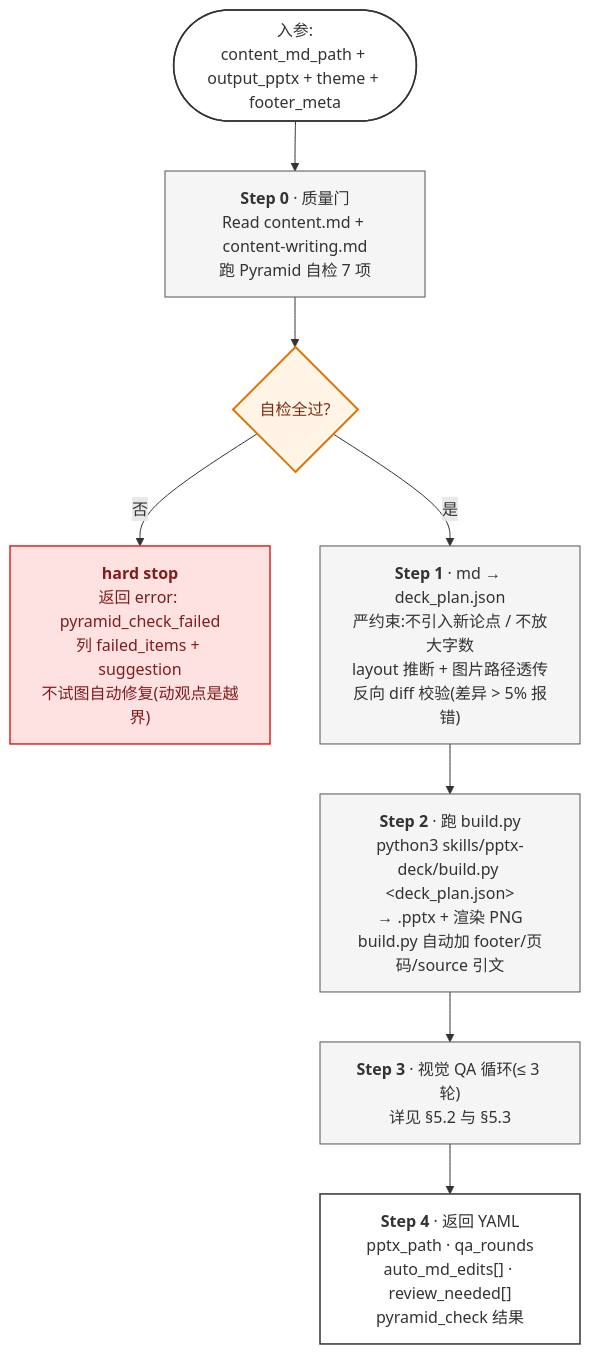
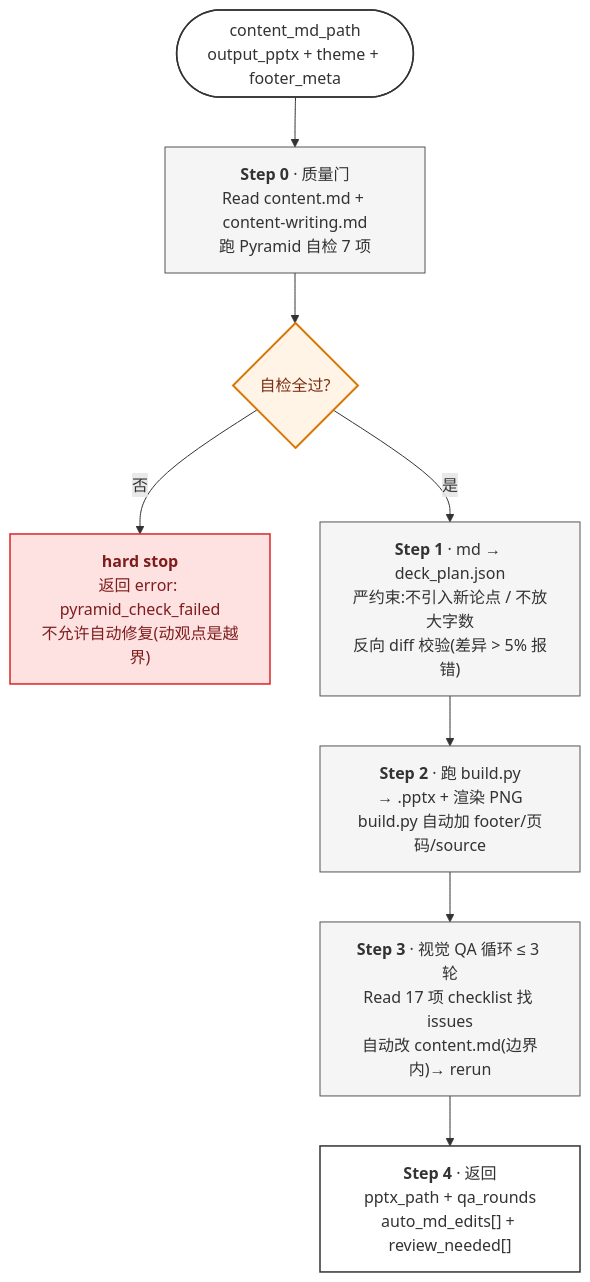
The fourth of 8 diagrams in docs/agent-internals.zh.md (pcliangx/iLovePPT), drawn with Mermaid before and after one commit. The commit also changed other lines of this file, not shown here.

First line of the commit message:
docs: rewrite agent-internals.zh.md clean for v3.1 architecture

````diff
--- a/docs/agent-internals.zh.md
+++ b/docs/agent-internals.zh.md
@@ -240,19 +172,19 @@
 ```mermaid
 flowchart TB
-    I([入参:<br/>content_md_path + output_pptx + theme + footer_meta]) --> S0
+    I([content_md_path<br/>output_pptx + theme + footer_meta]) --> S0
     S0["<b>Step 0</b> · 质量门<br/>Read content.md + content-writing.md<br/>跑 Pyramid 自检 7 项"] --> P
     P{自检全过?}
-    P -->|否| HS["<b>hard stop</b><br/>返回 error: pyramid_check_failed<br/>列 failed_items + suggestion<br/>不试图自动修复(动观点是越界)"]
-    P -->|是| S1["<b>Step 1</b> · md → deck_plan.json<br/>严约束:不引入新论点 / 不放大字数<br/>layout 推断 + 图片路径透传<br/>反向 diff 校验(差异 > 5% 报错)"]
-    S1 --> S2["<b>Step 2</b> · 跑 build.py<br/>python3 skills/pptx-deck/build.py &lt;deck_plan.json&gt;<br/>→ .pptx + 渲染 PNG<br/>build.py 自动加 footer/页码/source 引文"]
-    S2 --> S3["<b>Step 3</b> · 视觉 QA 循环(≤ 3 轮)<br/>详见 §5.2 与 §5.3"]
-    S3 --> S4["<b>Step 4</b> · 返回 YAML<br/>pptx_path · qa_rounds<br/>auto_md_edits[] · review_needed[]<br/>pyramid_check 结果"]
+    P -->|否| HS["<b>hard stop</b><br/>返回 error: pyramid_check_failed<br/>不允许自动修复(动观点是越界)"]
+    P -->|是| S1["<b>Step 1</b> · md → deck_plan.json<br/>严约束:不引入新论点 / 不放大字数<br/>反向 diff 校验(差异 > 5% 报错)"]
+    S1 --> S2["<b>Step 2</b> · 跑 build.py<br/>→ .pptx + 渲染 PNG<br/>build.py 自动加 footer/页码/source"]
+    S2 --> S3["<b>Step 3</b> · 视觉 QA 循环 ≤ 3 轮<br/>Read 17 项 checklist 找 issues<br/>自动改 content.md(边界内)→ rerun"]
+    S3 --> S4["<b>Step 4</b> · 返回<br/>pptx_path + qa_rounds<br/>auto_md_edits[] + review_needed[]"]
     classDef io fill:#FFF,stroke:#333,stroke-width:1.5px
     classDef step fill:#F5F5F5,stroke:#555
     classDef gate fill:#FFF4E6,stroke:#D97706,stroke-width:2px,color:#7C2D12
     classDef fail fill:#FEE2E2,stroke:#DC2626,stroke-width:1.5px,color:#7F1D1D
     class I,S4 io
     class S0,S1,S2,S3 step
     class P gate
     class HS fail
 ```
````
